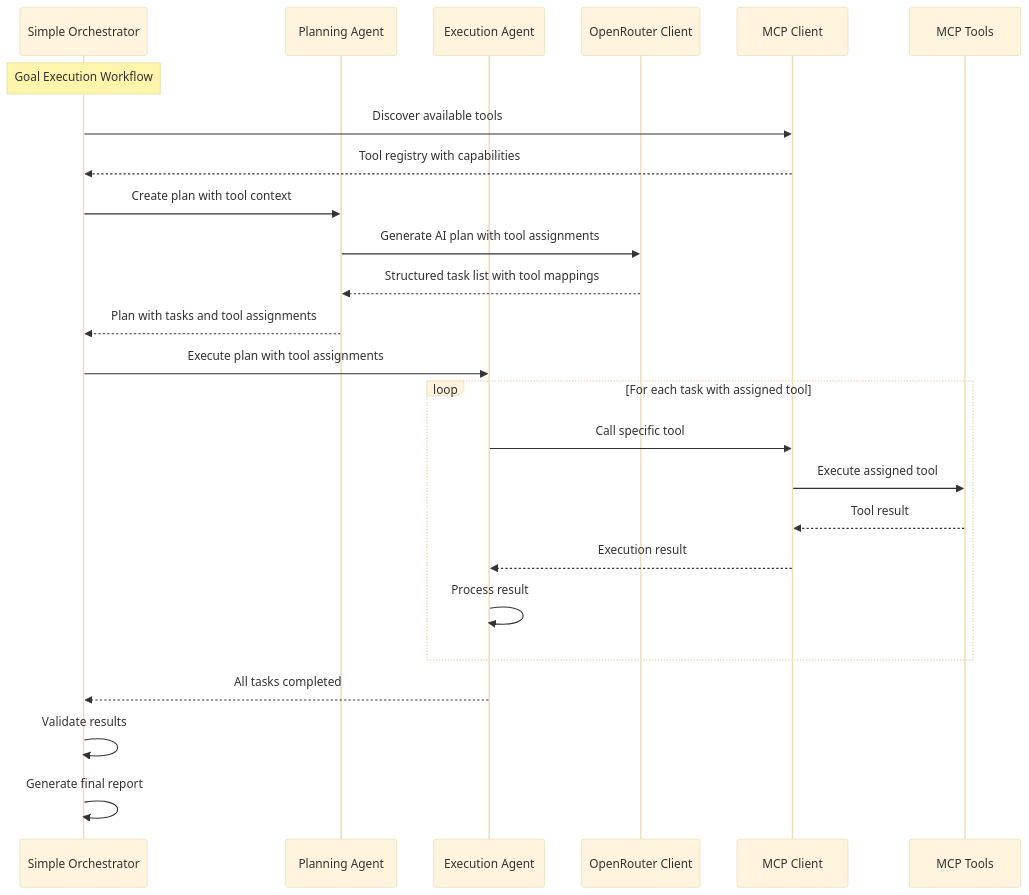
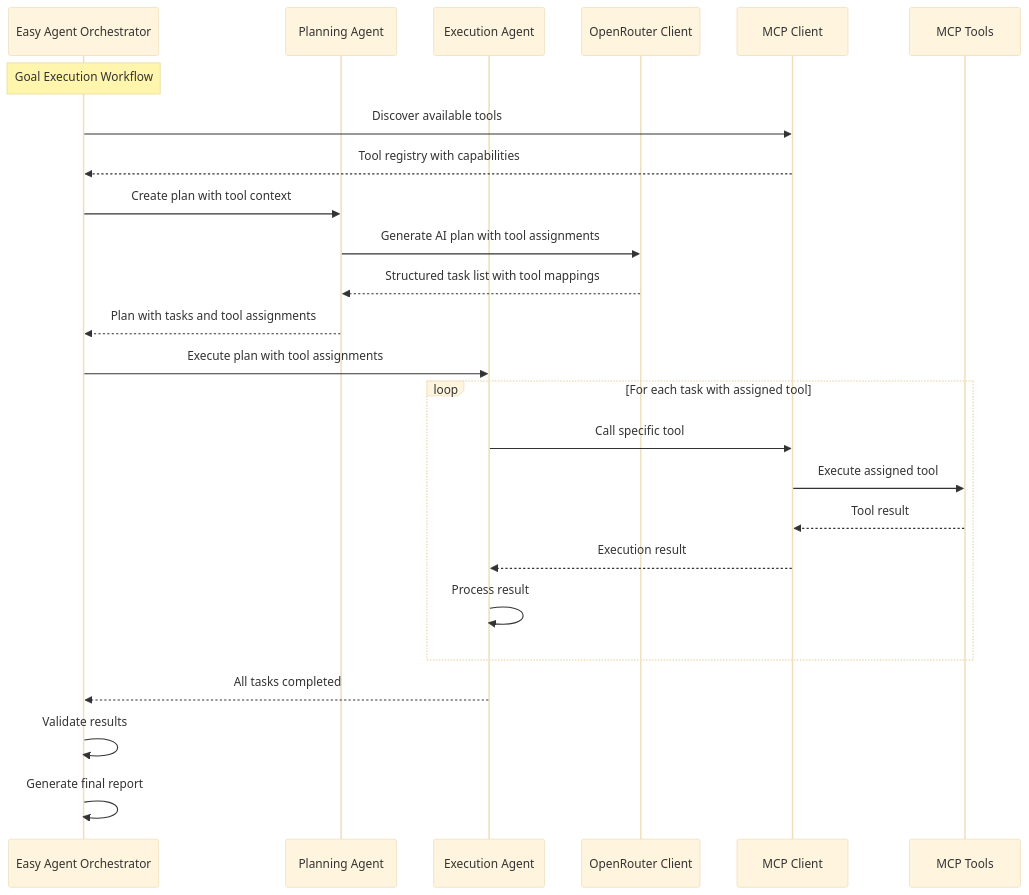
One commit to easynet-world/7146-n8n-nodes-easy-ai-agent changed the third of 6 diagrams in README.md. Above: the diagram before and after it, drawn with Mermaid (base theme). The commit also changed other lines of this file, not shown here.

````diff
--- a/README.md
+++ b/README.md
@@ -133,31 +135,31 @@
 ```mermaid
 sequenceDiagram
-    participant Orchestrator as Simple Orchestrator
+    participant Orchestrator as Easy Agent Orchestrator
     participant Planner as Planning Agent
     participant Executor as Execution Agent
     participant OpenRouter as OpenRouter Client
     participant MCP as MCP Client
     participant Tools as MCP Tools
     
     Note over Orchestrator: Goal Execution Workflow
     
     Orchestrator->>MCP: Discover available tools
     MCP-->>Orchestrator: Tool registry with capabilities
     Orchestrator->>Planner: Create plan with tool context
     Planner->>OpenRouter: Generate AI plan with tool assignments
     OpenRouter-->>Planner: Structured task list with tool mappings
     Planner-->>Orchestrator: Plan with tasks and tool assignments
     
     Orchestrator->>Executor: Execute plan with tool assignments
     loop For each task with assigned tool
         Executor->>MCP: Call specific tool
         MCP->>Tools: Execute assigned tool
         Tools-->>MCP: Tool result
         MCP-->>Executor: Execution result
         Executor->>Executor: Process result
     end
     Executor-->>Orchestrator: All tasks completed
     
     Orchestrator->>Orchestrator: Validate results
     Orchestrator->>Orchestrator: Generate final report
 ```
````
